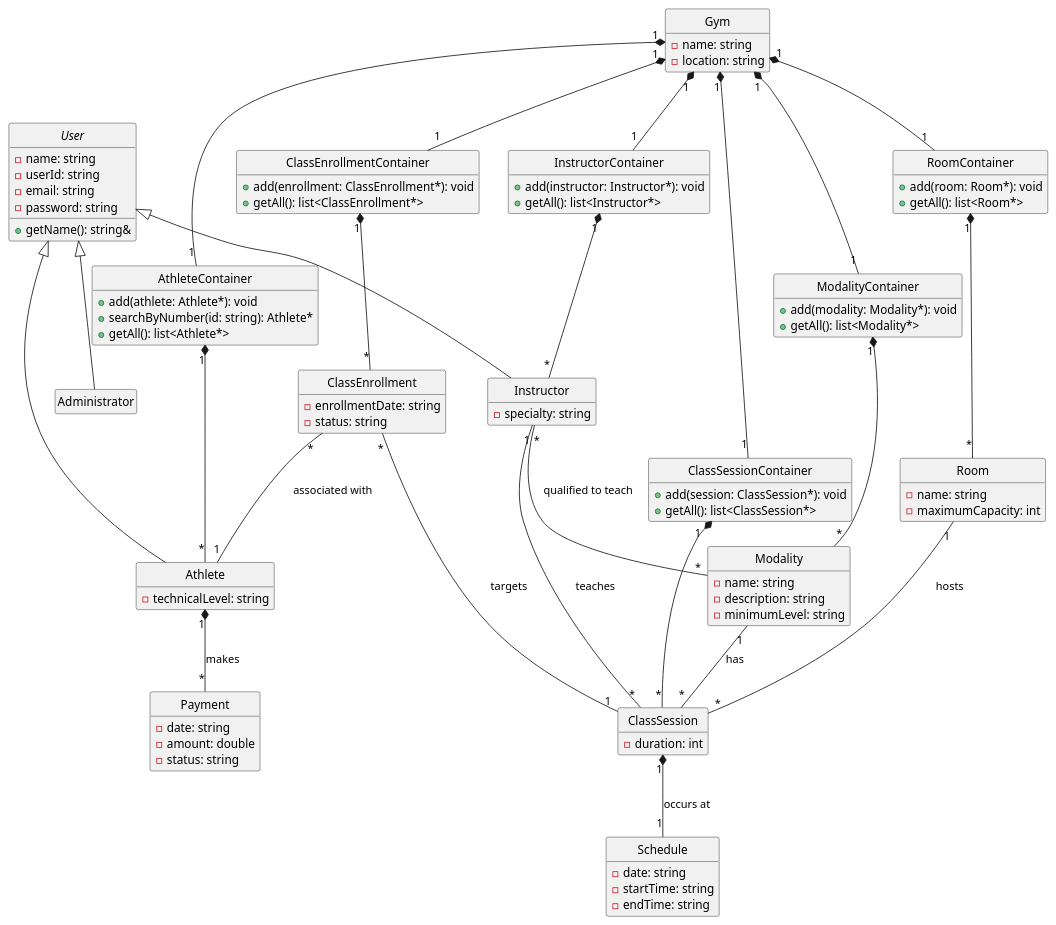
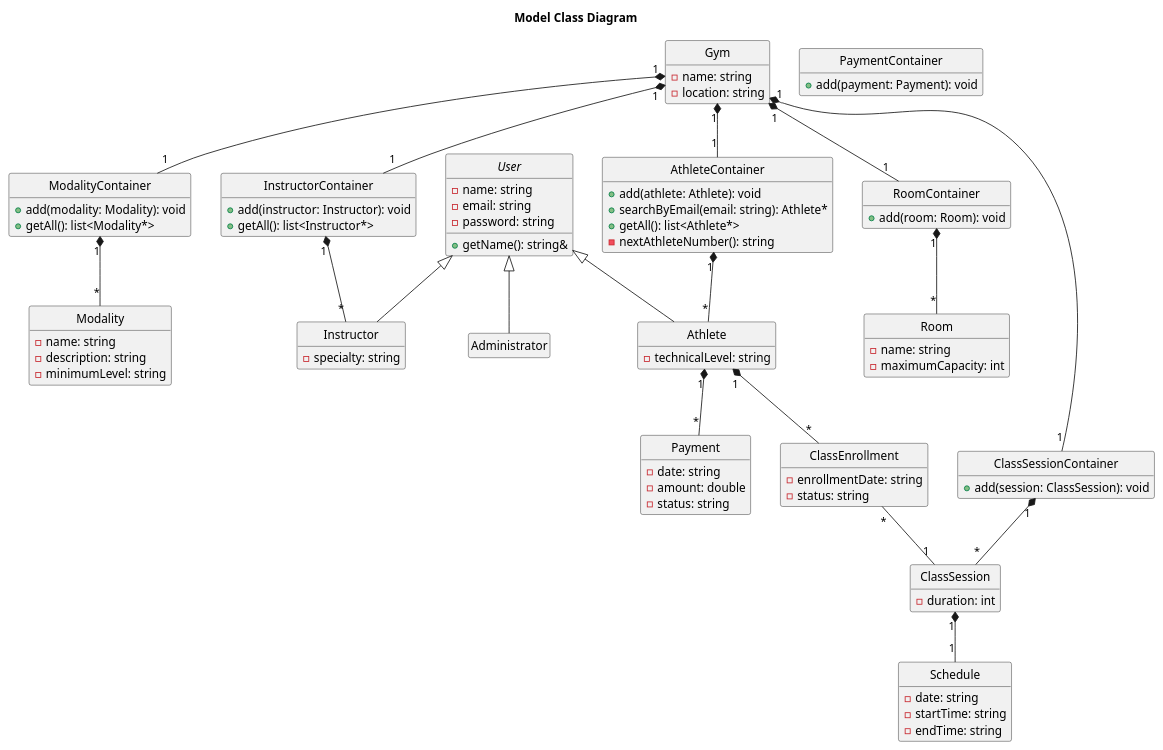
The diagram in Documentation/Iteration 2/Design/model_class_diagram.puml (goncaloribeiro1234/fsoft2026_1DD_4), drawn with PlantUML before and after one commit. The commit also changed 17 other files, not shown here.

Commit message:
Documentaçaõ IT2 com diagramas

```diff
--- a/Documentation/Iteration 2/Design/model_class_diagram.puml
+++ b/Documentation/Iteration 2/Design/model_class_diagram.puml
@@ -1,123 +1,112 @@
 @startuml
 skinparam style strictuml
 hide empty members
 top to bottom direction
+title Model Class Diagram
 
 class Gym {
     - name: string
     - location: string
 }
 
 class AthleteContainer {
-    + add(athlete: Athlete*): void
-    + searchByNumber(id: string): Athlete*
+    + add(athlete: Athlete): void
+    + searchByEmail(email: string): Athlete*
     + getAll(): list<Athlete*>
+    - nextAthleteNumber(): string
 }
 
 class InstructorContainer {
-    + add(instructor: Instructor*): void
+    + add(instructor: Instructor): void
     + getAll(): list<Instructor*>
 }
 
 class ModalityContainer {
-    + add(modality: Modality*): void
+    + add(modality: Modality): void
     + getAll(): list<Modality*>
 }
 
 class RoomContainer {
-    + add(room: Room*): void
-    + getAll(): list<Room*>
+    + add(room: Room): void
 }
 
 class ClassSessionContainer {
-    + add(session: ClassSession*): void
-    + getAll(): list<ClassSession*>
+    + add(session: ClassSession): void
 }
 
-class ClassEnrollmentContainer {
-    + add(enrollment: ClassEnrollment*): void
-    + getAll(): list<ClassEnrollment*>
+class PaymentContainer {
+    + add(payment: Payment): void
 }
 
 abstract class User {
     - name: string
-    - userId: string
     - email: string
     - password: string
     + getName(): string&
 }
 
 class Administrator {
 }
 
 class Instructor {
     - specialty: string
 }
 
 class Athlete {
     - technicalLevel: string
 }
 
 class Modality {
     - name: string
     - description: string
     - minimumLevel: string
 }
 
 class Room {
     - name: string
     - maximumCapacity: int
 }
 
 class ClassSession {
     - duration: int
 }
 
 class Schedule {
     - date: string
     - startTime: string
     - endTime: string
 }
 
 class Payment {
     - date: string
     - amount: double
     - status: string
 }
 
 class ClassEnrollment {
     - enrollmentDate: string
     - status: string
 }
 
 User <|-- Administrator
 User <|-- Instructor
 User <|-- Athlete
 
 Gym "1" *-- "1" AthleteContainer
 Gym "1" *-- "1" InstructorContainer
 Gym "1" *-- "1" ModalityContainer
 Gym "1" *-- "1" RoomContainer
 Gym "1" *-- "1" ClassSessionContainer
-Gym "1" *-- "1" ClassEnrollmentContainer
 
 AthleteContainer "1" *-- "*" Athlete
 InstructorContainer "1" *-- "*" Instructor
 ModalityContainer "1" *-- "*" Modality
 RoomContainer "1" *-- "*" Room
 ClassSessionContainer "1" *-- "*" ClassSession
-ClassEnrollmentContainer "1" *-- "*" ClassEnrollment
 
-Instructor "*" -- "*" Modality : qualified to teach
-
-Modality "1" -- "*" ClassSession : has
-Instructor "1" -- "*" ClassSession : teaches
-Room "1" -- "*" ClassSession : hosts
-ClassSession "1" *-- "1" Schedule : occurs at
-
-ClassEnrollment "*" -- "1" Athlete : associated with
-ClassEnrollment "*" -- "1" ClassSession : targets
-
-Athlete "1" *-- "*" Payment : makes
+ClassSession "1" *-- "1" Schedule
+Athlete "1" *-- "*" Payment
+Athlete "1" *-- "*" ClassEnrollment
+ClassEnrollment "*" -- "1" ClassSession
 
 @enduml
```
